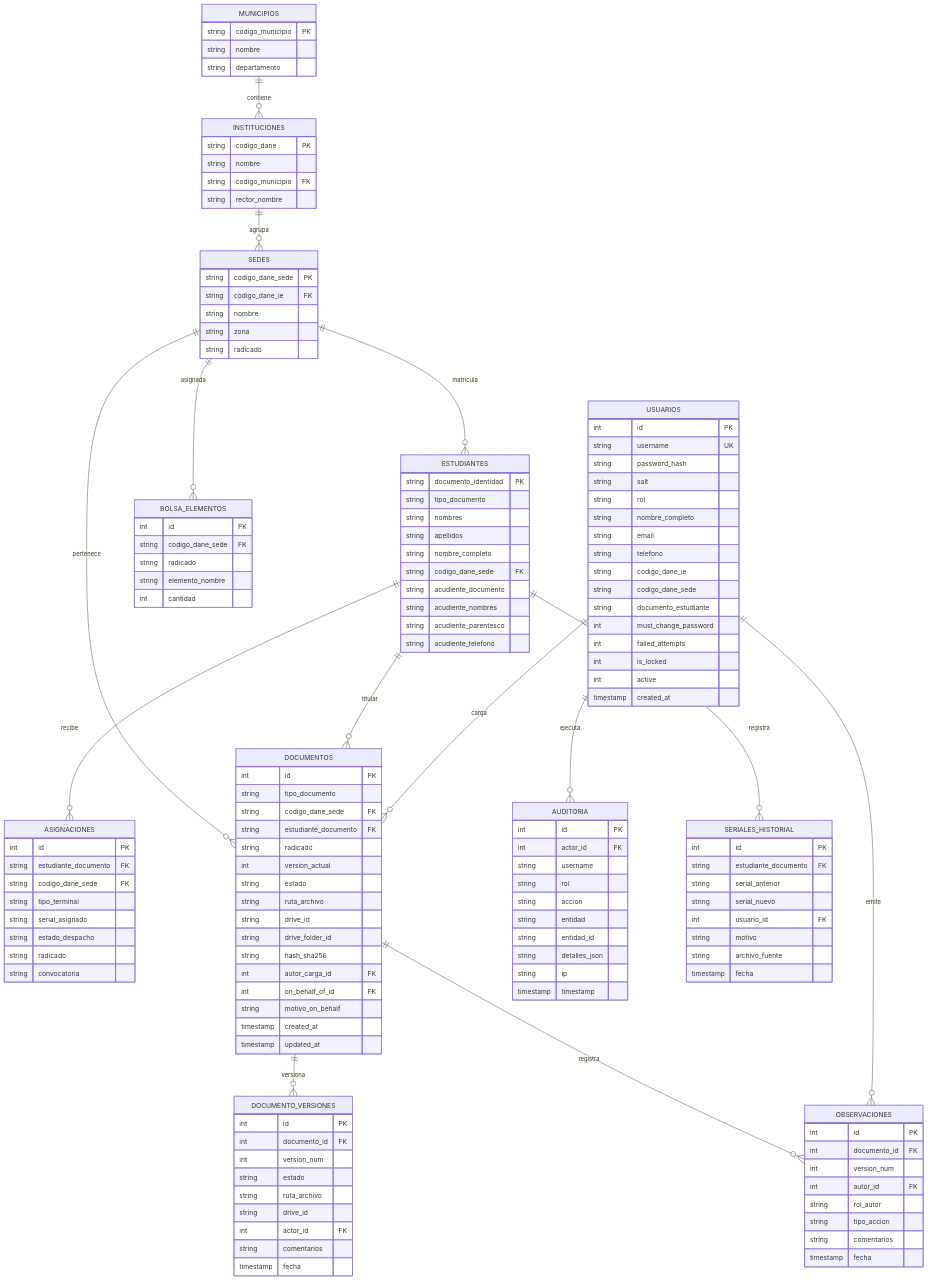
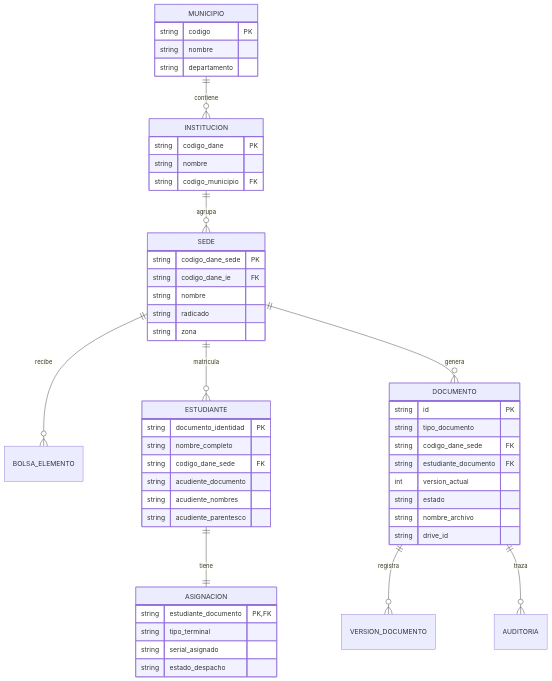
Before and after one commit to sedcaldas/computadoresparaeducar: the diagram in docs/ENTIDAD_RELACION.md, drawn with Mermaid. The commit also changed other lines of this file and 54 other files, not shown here.

````diff
--- a/docs/ENTIDAD_RELACION.md
+++ b/docs/ENTIDAD_RELACION.md
@@ -9,154 +38,53 @@
 ```mermaid
 erDiagram
-    MUNICIPIOS ||--o{ INSTITUCIONES : contiene
-    INSTITUCIONES ||--o{ SEDES : agrupa
-    SEDES ||--o{ ESTUDIANTES : matricula
-    ESTUDIANTES ||--o{ ASIGNACIONES : recibe
-    SEDES ||--o{ BOLSA_ELEMENTOS : asignada
-    SEDES ||--o{ DOCUMENTOS : pertenece
-    ESTUDIANTES ||--o{ DOCUMENTOS : titular
-    DOCUMENTOS ||--o{ DOCUMENTO_VERSIONES : versiona
-    DOCUMENTOS ||--o{ OBSERVACIONES : registra
-    USUARIOS ||--o{ DOCUMENTOS : carga
-    USUARIOS ||--o{ OBSERVACIONES : emite
-    USUARIOS ||--o{ AUDITORIA : ejecuta
-    ESTUDIANTES ||--o{ SERIALES_HISTORIAL : registra
+    MUNICIPIO ||--o{ INSTITUCION : contiene
+    INSTITUCION ||--o{ SEDE : agrupa
+    SEDE ||--o{ BOLSA_ELEMENTO : recibe
+    SEDE ||--o{ ESTUDIANTE : matricula
+    ESTUDIANTE ||--|| ASIGNACION : tiene
+    SEDE ||--o{ DOCUMENTO : genera
+    DOCUMENTO ||--o{ VERSION_DOCUMENTO : registra
+    DOCUMENTO ||--o{ AUDITORIA : traza
 
-    MUNICIPIOS {
-        string codigo_municipio PK
+    MUNICIPIO {
+        string codigo PK
         string nombre
         string departamento
     }
-
-    INSTITUCIONES {
+    INSTITUCION {
         string codigo_dane PK
         string nombre
         string codigo_municipio FK
-        string rector_nombre
     }
-
-    SEDES {
+    SEDE {
         string codigo_dane_sede PK
         string codigo_dane_ie FK
         string nombre
+        string radicado
         string zona
-        string radicado
     }
-
-    ESTUDIANTES {
+    ESTUDIANTE {
         string documento_identidad PK
-        string tipo_documento
-        string nombres
-        string apellidos
         string nombre_completo
         string codigo_dane_sede FK
         string acudiente_documento
         string acudiente_nombres
         string acudiente_parentesco
-        string acudiente_telefono
     }
-
-    ASIGNACIONES {
-        int id PK
-        string estudiante_documento FK
-        string codigo_dane_sede FK
+    ASIGNACION {
+        string estudiante_documento PK,FK
         string tipo_terminal
         string serial_asignado
         string estado_despacho
-        string radicado
-        string convocatoria
     }
-
-    BOLSA_ELEMENTOS {
-        int id PK
-        string codigo_dane_sede FK
-        string radicado
-        string elemento_nombre
-        int cantidad
-    }
-
-    DOCUMENTOS {
-        int id PK
+    DOCUMENTO {
+        string id PK
         string tipo_documento
         string codigo_dane_sede FK
         string estudiante_documento FK
-        string radicado
         int version_actual
         string estado
-        string ruta_archivo
+        string nombre_archivo
         string drive_id
-        string drive_folder_id
-        string hash_sha256
-        int autor_carga_id FK
-        int on_behalf_of_id FK
-        string motivo_on_behalf
-        timestamp created_at
-        timestamp updated_at
-    }
-
-    DOCUMENTO_VERSIONES {
-        int id PK
-        int documento_id FK
-        int version_num
-        string estado
-        string ruta_archivo
-        string drive_id
-        int actor_id FK
-        string comentarios
-        timestamp fecha
-    }
-
-    OBSERVACIONES {
-        int id PK
-        int documento_id FK
-        int version_num
-        int autor_id FK
-        string rol_autor
-        string tipo_accion
-        string comentarios
-        timestamp fecha
-    }
-
-    USUARIOS {
-        int id PK
-        string username UK
-        string password_hash
-        string salt
-        string rol
-        string nombre_completo
-        string email
-        string telefono
-        string codigo_dane_ie
-        string codigo_dane_sede
-        string documento_estudiante
-        int must_change_password
-        int failed_attempts
-        int is_locked
-        int active
-        timestamp created_at
-    }
-
-    SERIALES_HISTORIAL {
-        int id PK
-        string estudiante_documento FK
-        string serial_anterior
-        string serial_nuevo
-        int usuario_id FK
-        string motivo
-        string archivo_fuente
-        timestamp fecha
-    }
-
-    AUDITORIA {
-        int id PK
-        int actor_id FK
-        string username
-        string rol
-        string accion
-        string entidad
-        string entidad_id
-        string detalles_json
-        string ip
-        timestamp timestamp
     }
 ```
````
